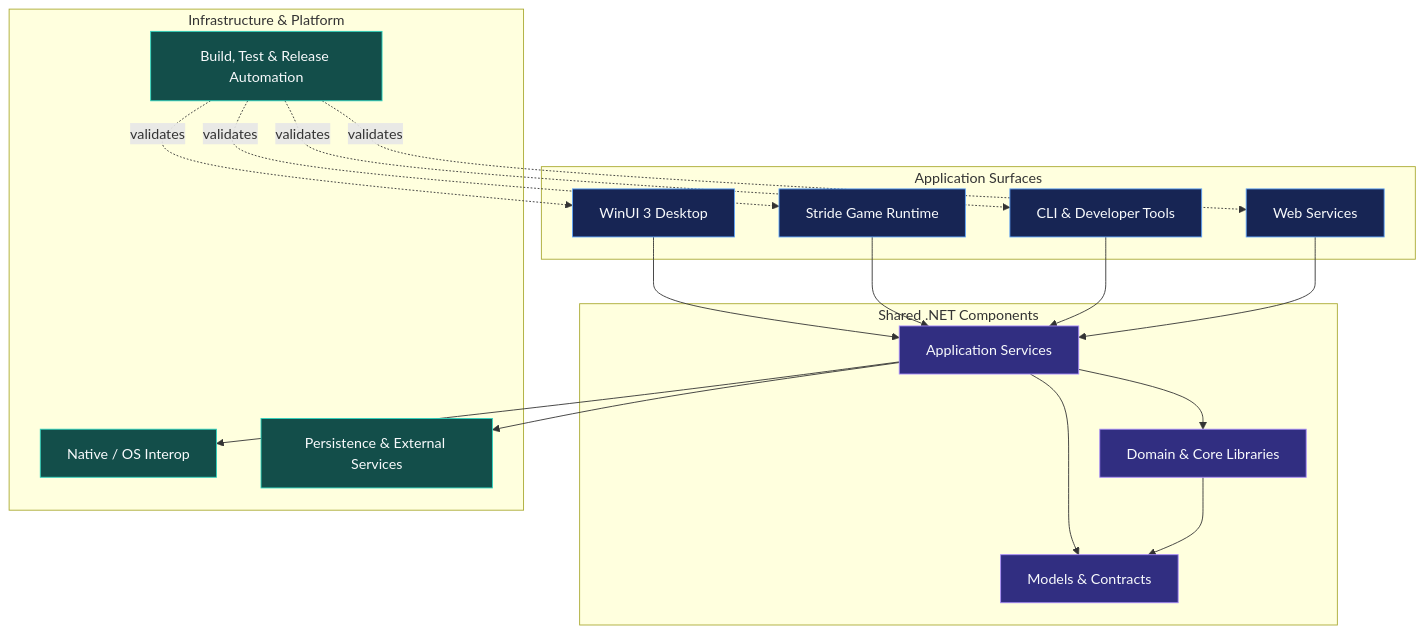
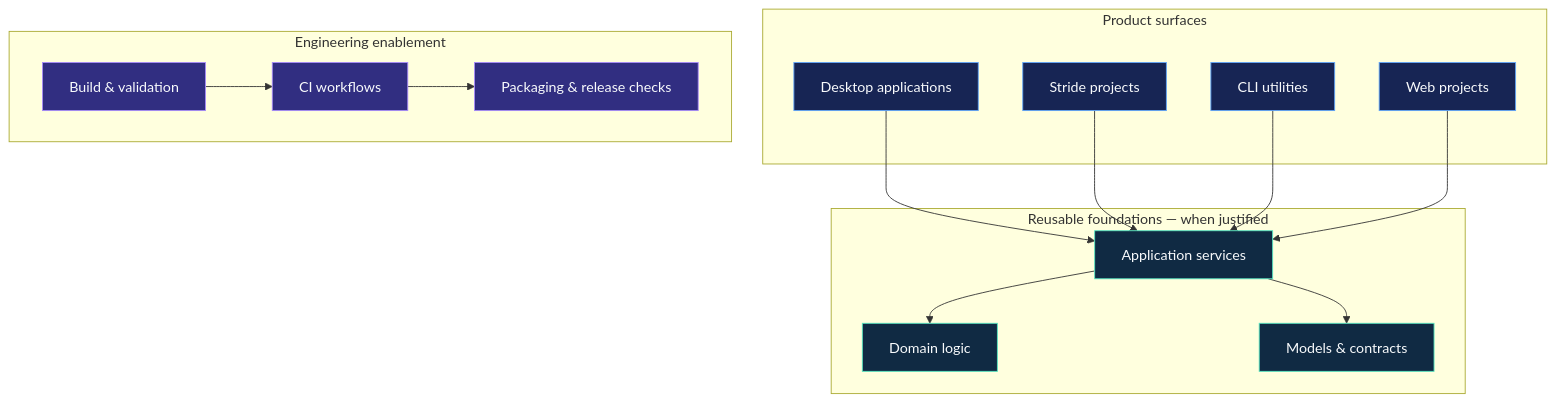
Before and after one commit to ShadowK101/ShadowK101: the diagram in README.md, drawn with Mermaid. The commit also changed other lines of this file, not shown here.

````diff
--- a/README.md
+++ b/README.md
@@ -187,45 +273,37 @@
-```mermaid
+``` mermaid
 flowchart TB
-    subgraph Surfaces["Application Surfaces"]
-        WIN["WinUI 3 Desktop"]
-        GAME["Stride Game Runtime"]
-        CLI["CLI & Developer Tools"]
-        WEB["Web Services"]
+    subgraph Surfaces["Product surfaces"]
+        DESKTOP["Desktop applications"]
+        GAMES["Stride projects"]
+        CLI["CLI utilities"]
+        WEB["Web projects"]
     end
 
-    subgraph Shared["Shared .NET Components"]
-        APP["Application Services"]
-        CORE["Domain & Core Libraries"]
-        CONTRACTS["Models & Contracts"]
+    subgraph Core["Reusable foundations — when justified"]
+        APP["Application services"]
+        DOMAIN["Domain logic"]
+        CONTRACTS["Models & contracts"]
     end
 
-    subgraph Platform["Infrastructure & Platform"]
-        INTEROP["Native / OS Interop"]
-        DATA["Persistence & External Services"]
-        AUTOMATION["Build, Test & Release Automation"]
+    subgraph Delivery["Engineering enablement"]
+        BUILD["Build & validation"]
+        CI["CI workflows"]
+        RELEASE["Packaging & release checks"]
     end
 
-    WIN --> APP
-    GAME --> APP
+    DESKTOP --> APP
+    GAMES --> APP
     CLI --> APP
     WEB --> APP
-
-    APP --> CORE
+    APP --> DOMAIN
     APP --> CONTRACTS
-    CORE --> CONTRACTS
-
-    APP --> DATA
-    APP --> INTEROP
-    AUTOMATION -. validates .-> WIN
-    AUTOMATION -. validates .-> GAME
-    AUTOMATION -. validates .-> CLI
-    AUTOMATION -. validates .-> WEB
+    BUILD --> CI --> RELEASE
 
     classDef surface fill:#172554,stroke:#60A5FA,color:#F8FAFC
-    classDef shared fill:#312E81,stroke:#A78BFA,color:#F8FAFC
-    classDef infra fill:#134E4A,stroke:#2DD4BF,color:#F8FAFC
+    classDef core fill:#102A43,stroke:#55E6C1,color:#F8FAFC
+    classDef delivery fill:#312E81,stroke:#A78BFA,color:#F8FAFC
 
-    class WIN,GAME,CLI,WEB surface
-    class APP,CORE,CONTRACTS shared
-    class INTEROP,DATA,AUTOMATION infra
+    class DESKTOP,GAMES,CLI,WEB surface
+    class APP,DOMAIN,CONTRACTS core
+    class BUILD,CI,RELEASE delivery
 ```
````
